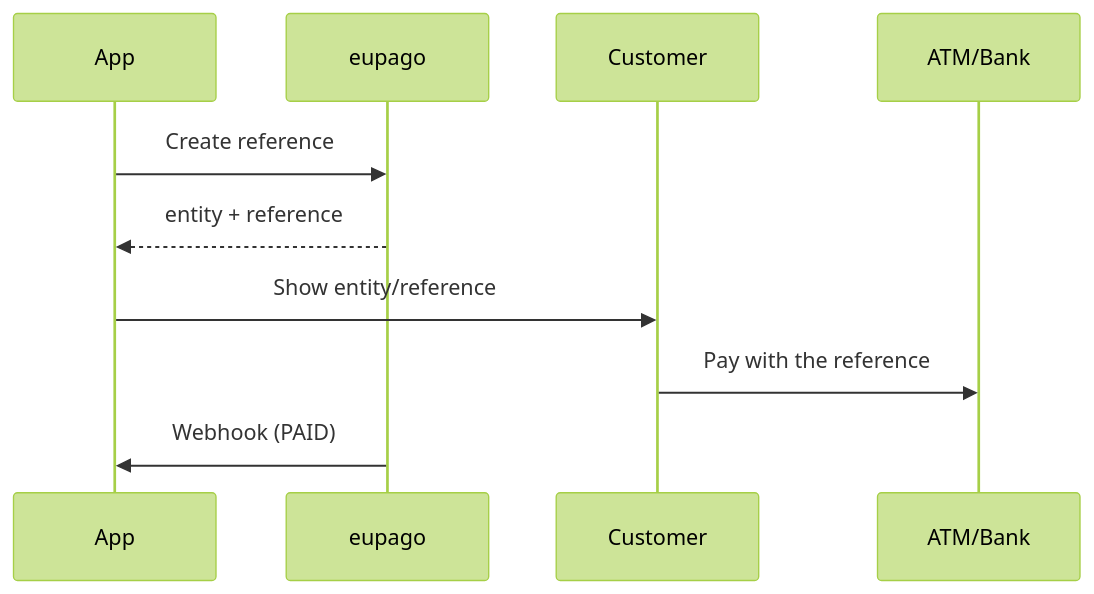
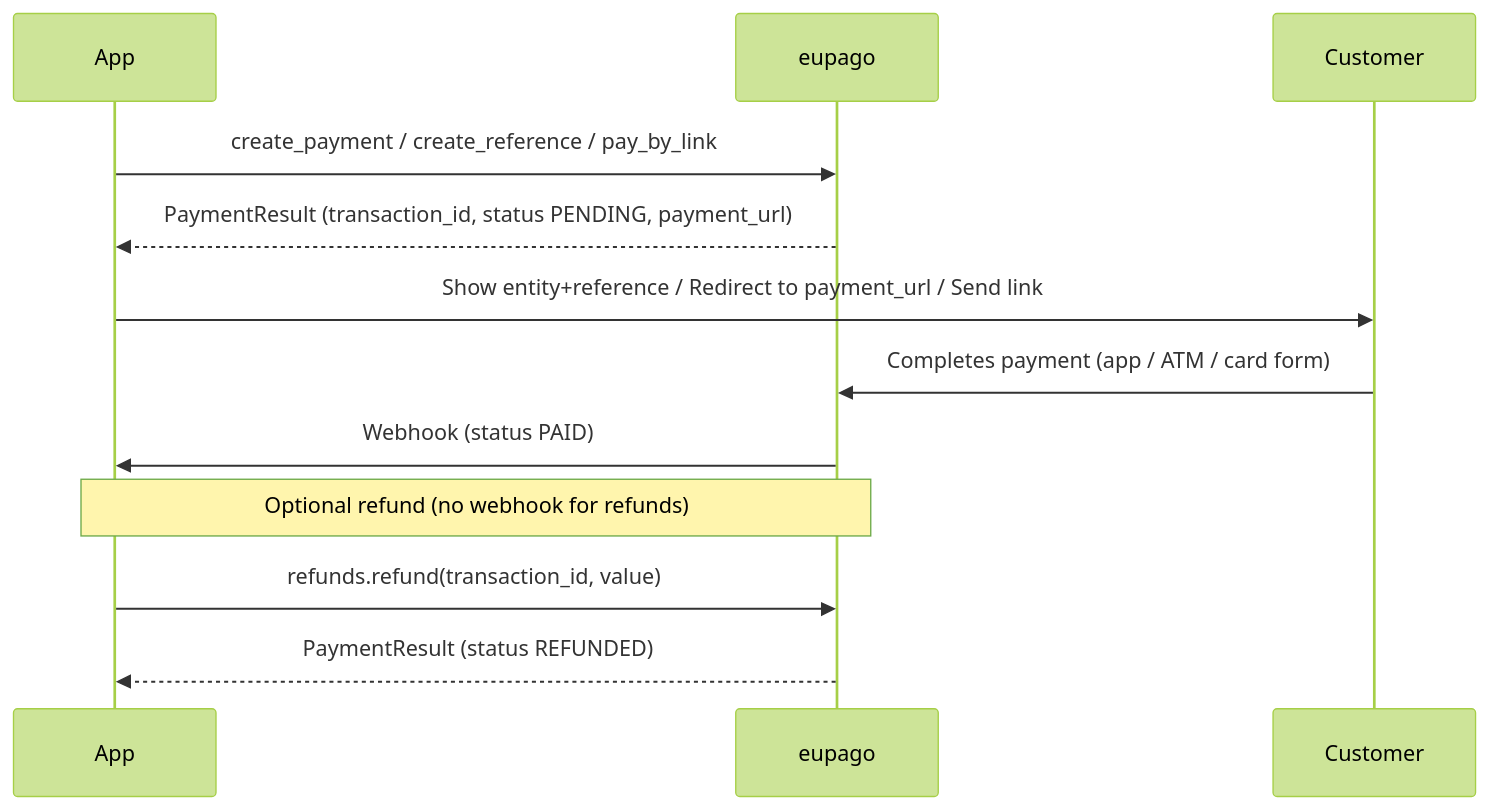
Before and after one commit to bilouro/eupago-python: the diagram in docs/payments/index.md, drawn with Mermaid (forest theme). The commit also changed other lines of this file and 29 other files, not shown here.

First line of the commit message:
Add Pay By Link + lifecycle examples for every payment method

````diff
--- a/docs/payments/index.md
+++ b/docs/payments/index.md
@@ -28,11 +24,14 @@
 ```mermaid
 sequenceDiagram
     participant App
     participant eupago
     participant Customer
-    App->>eupago: Create reference
-    eupago-->>App: entity + reference
-    App->>Customer: Show entity/reference
-    Customer->>ATM/Bank: Pay with the reference
-    eupago->>App: Webhook (PAID)
+    App->>eupago: create_payment / create_reference / pay_by_link
+    eupago-->>App: PaymentResult (transaction_id, status PENDING, payment_url)
+    App->>Customer: Show entity+reference / Redirect to payment_url / Send link
+    Customer->>eupago: Completes payment (app / ATM / card form)
+    eupago->>App: Webhook (status PAID)
+    Note over App,eupago: Optional refund (no webhook for refunds)
+    App->>eupago: refunds.refund(transaction_id, value)
+    eupago-->>App: PaymentResult (status REFUNDED)
 ```
````
